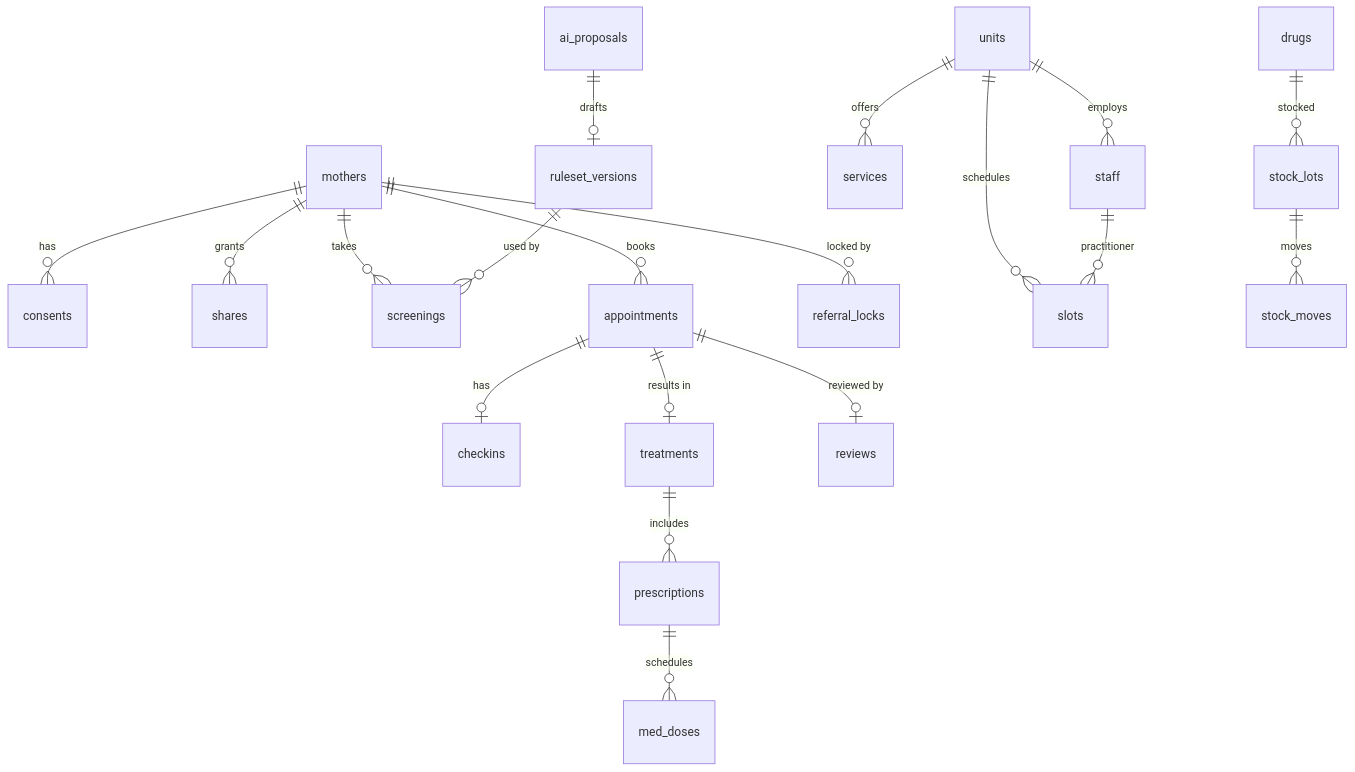
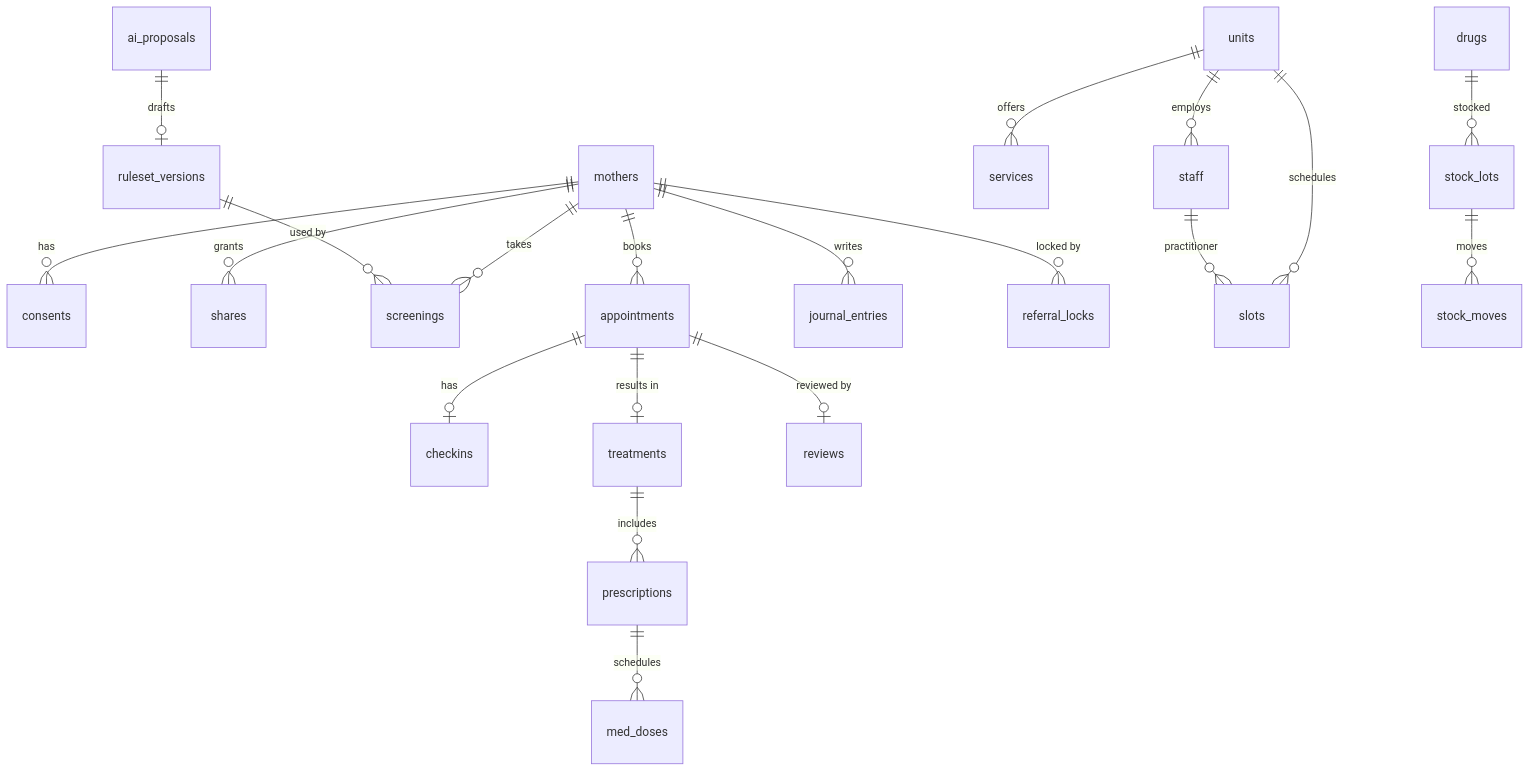
Before and after one commit to AYNO-I-KNOW/reuanfai: the first of 2 diagrams in docs/specs/data-model.md, drawn with Mermaid. The commit also changed other lines of this file and 13 other files, not shown here.

````diff
--- a/docs/specs/data-model.md
+++ b/docs/specs/data-model.md
@@ -8,21 +8,22 @@
 ```mermaid
 erDiagram
   mothers ||--o{ consents : has
   mothers ||--o{ shares : grants
   mothers ||--o{ screenings : takes
   mothers ||--o{ appointments : books
+  mothers ||--o{ journal_entries : writes
   mothers ||--o{ referral_locks : "locked by"
   units ||--o{ staff : employs
   units ||--o{ services : offers
   units ||--o{ slots : schedules
   staff ||--o{ slots : "practitioner"
   appointments ||--o| checkins : has
   appointments ||--o| treatments : "results in"
   appointments ||--o| reviews : "reviewed by"
   treatments ||--o{ prescriptions : includes
   prescriptions ||--o{ med_doses : schedules
   drugs ||--o{ stock_lots : stocked
   stock_lots ||--o{ stock_moves : moves
   ruleset_versions ||--o{ screenings : "used by"
   ai_proposals ||--o| ruleset_versions : drafts
 ```
````
